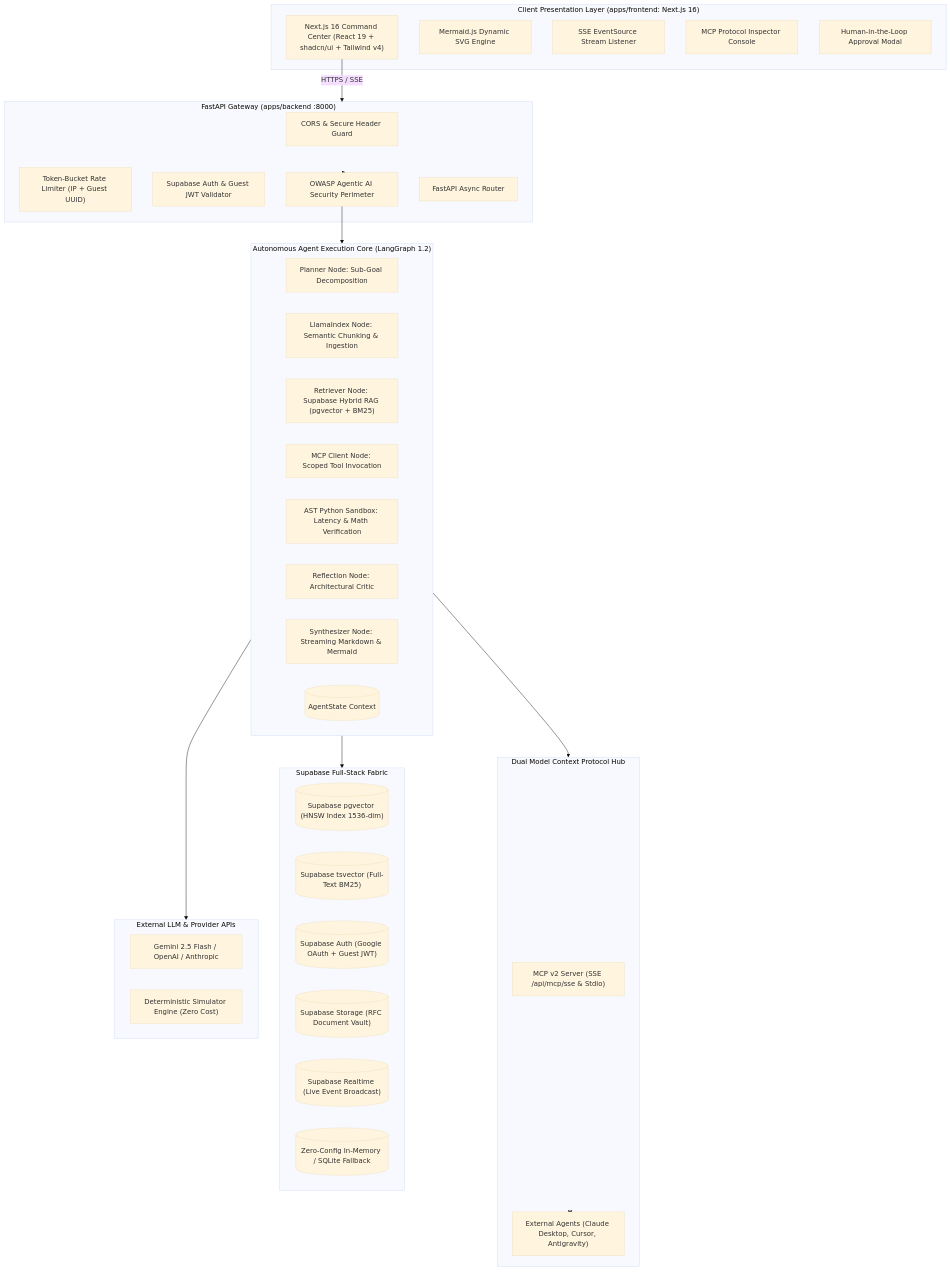
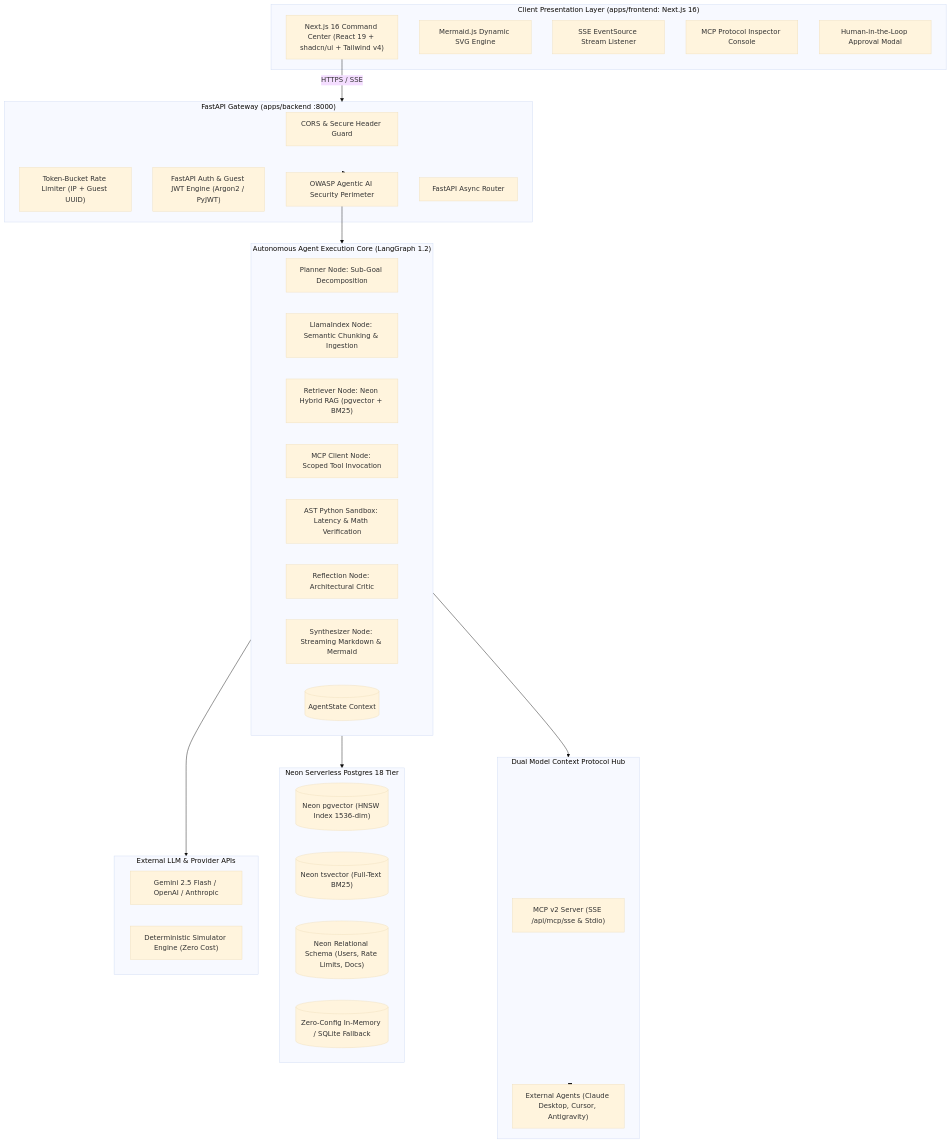
The first of 2 diagrams in target/ARCHITECTURE.md (Avinaba-Mazumdar/nexusagent-oss), drawn with Mermaid (base theme) before and after one commit. The commit also changed other lines of this file and 4 other files, not shown here.

````diff
--- a/target/ARCHITECTURE.md
+++ b/target/ARCHITECTURE.md
@@ -109,56 +108,54 @@
 ```mermaid
 graph TB
     subgraph ClientLayer ["Client Presentation Layer (apps/frontend: Next.js 16)"]
         UI["Next.js 16 Command Center (React 19 + shadcn/ui + Tailwind v4)"]
         MermaidRender["Mermaid.js Dynamic SVG Engine"]
         SSEClient["SSE EventSource Stream Listener"]
         MCPInspectorUI["MCP Protocol Inspector Console"]
         HITLModal["Human-in-the-Loop Approval Modal"]
     end
 
     subgraph GatewayLayer ["FastAPI Gateway (apps/backend :8000)"]
         CORS["CORS & Secure Header Guard"]
         RateLimiter["Token-Bucket Rate Limiter (IP + Guest UUID)"]
-        AuthModule["Supabase Auth & Guest JWT Validator"]
+        AuthModule["FastAPI Auth & Guest JWT Engine (Argon2 / PyJWT)"]
         OWASPShield["OWASP Agentic AI Security Perimeter"]
         Router["FastAPI Async Router"]
     end
 
     subgraph AgentCore ["Autonomous Agent Execution Core (LangGraph 1.2)"]
         PlannerNode["Planner Node: Sub-Goal Decomposition"]
         LlamaParser["LlamaIndex Node: Semantic Chunking & Ingestion"]
-        RetrieverNode["Retriever Node: Supabase Hybrid RAG (pgvector + BM25)"]
+        RetrieverNode["Retriever Node: Neon Hybrid RAG (pgvector + BM25)"]
         MCPNode["MCP Client Node: Scoped Tool Invocation"]
         SandboxNode["AST Python Sandbox: Latency & Math Verification"]
         ReflectionNode["Reflection Node: Architectural Critic"]
         SynthesizerNode["Synthesizer Node: Streaming Markdown & Mermaid"]
         GraphState[("AgentState Context")]
     end
 
     subgraph MCPHub ["Dual Model Context Protocol Hub"]
         MCPServer["MCP v2 Server (SSE /api/mcp/sse & Stdio)"]
         ExternalClients["External Agents (Claude Desktop, Cursor, Antigravity)"]
     end
 
-    subgraph SupabaseLayer ["Supabase Full-Stack Fabric"]
-        PgVectorStore[("Supabase pgvector (HNSW Index 1536-dim)")]
-        PgLexicalStore[("Supabase tsvector (Full-Text BM25)")]
-        SupaAuth[("Supabase Auth (Google OAuth + Guest JWT)")]
-        SupaStorage[("Supabase Storage (RFC Document Vault)")]
-        SupaRealtime[("Supabase Realtime (Live Event Broadcast)")]
+    subgraph NeonDataLayer ["Neon Serverless Postgres 18 Tier"]
+        PgVectorStore[("Neon pgvector (HNSW Index 1536-dim)")]
+        PgLexicalStore[("Neon tsvector (Full-Text BM25)")]
+        NeonRelationalStore[("Neon Relational Schema (Users, Rate Limits, Docs)")]
         LocalFallback[("Zero-Config In-Memory / SQLite Fallback")]
     end
 
     subgraph ExternalServices ["External LLM & Provider APIs"]
         GeminiFlash["Gemini 2.5 Flash / OpenAI / Anthropic"]
         SimEngine["Deterministic Simulator Engine (Zero Cost)"]
     end
 
     UI -->|HTTPS / SSE| GatewayLayer
     GatewayLayer --> OWASPShield
     OWASPShield --> AgentCore
     AgentCore --> MCPHub
-    AgentCore --> SupabaseLayer
+    AgentCore --> NeonDataLayer
     AgentCore --> ExternalServices
     MCPHub <--> ExternalClients
 ```
````
